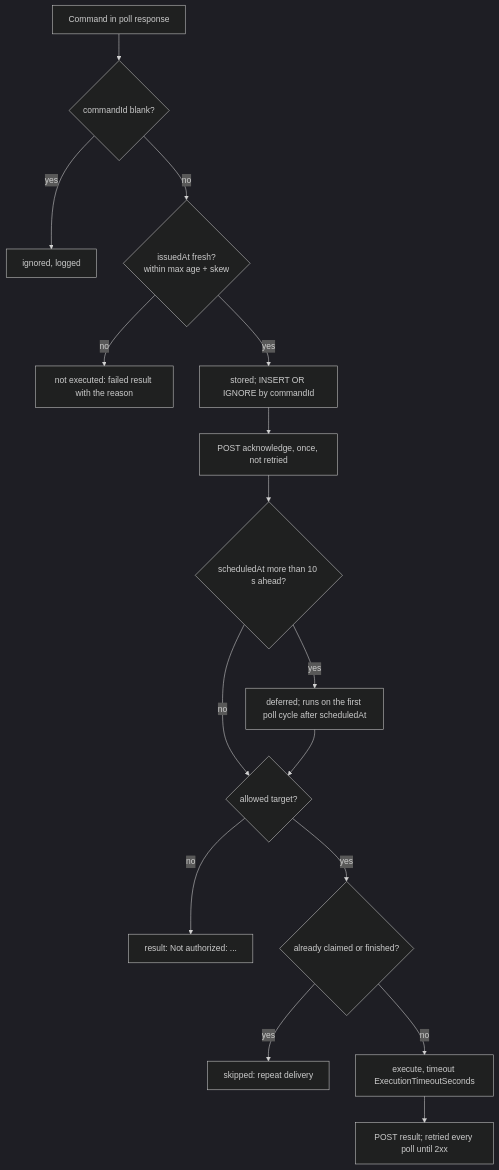
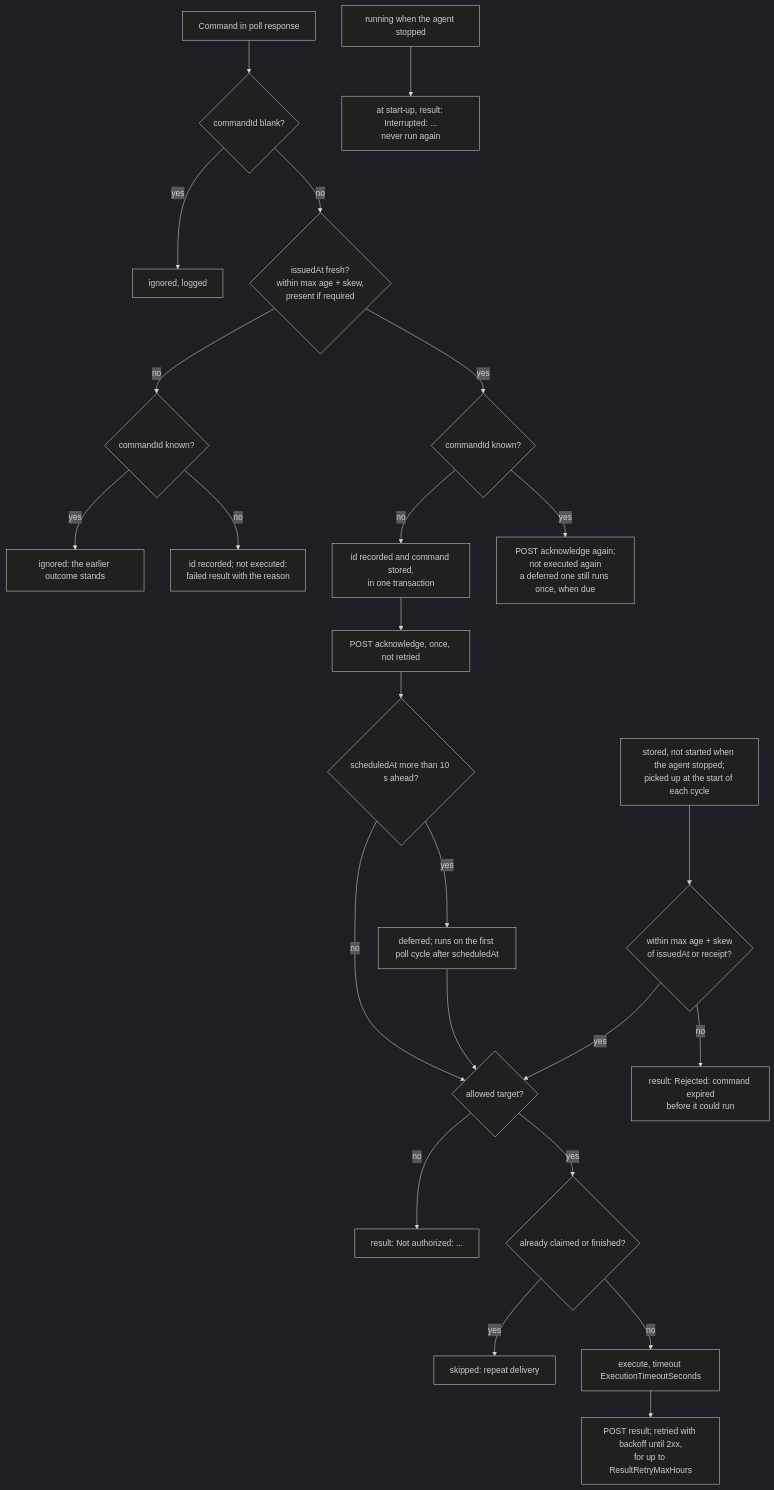
The second of 2 diagrams in guides/portal-api/08-commands.md (angatiabenson/watch-tower), drawn with Mermaid (dark theme) before and after one commit. The commit also changed other lines of this file and 17 other files, not shown here.

````diff
--- a/guides/portal-api/08-commands.md
+++ b/guides/portal-api/08-commands.md
@@ -35,18 +35,26 @@
 ```mermaid
 flowchart TD
     R[Command in poll response] --> B{commandId blank?}
     B -- yes --> X1[ignored, logged]
-    B -- no --> F{issuedAt fresh?<br/>within max age + skew}
-    F -- no --> X2[not executed: failed result with the reason]
-    F -- yes --> S[stored; INSERT OR IGNORE by commandId]
-    S --> A[POST acknowledge, once, not retried]
+    B -- no --> F{issuedAt fresh?<br/>within max age + skew,<br/>present if required}
+    F -- no --> K1{commandId known?}
+    K1 -- yes --> X4[ignored: the earlier outcome stands]
+    K1 -- no --> X2[id recorded; not executed:<br/>failed result with the reason]
+    F -- yes --> S{commandId known?}
+    S -- no --> N[id recorded and command stored,<br/>in one transaction]
+    S -- yes --> AK[POST acknowledge again;<br/>not executed again<br/>a deferred one still runs once, when due]
+    N --> A[POST acknowledge, once, not retried]
     A --> D{scheduledAt more than 10 s ahead?}
     D -- yes --> W[deferred; runs on the first poll cycle after scheduledAt]
     D -- no --> Z{allowed target?}
     W --> Z
     Z -- no --> RF[result: Not authorized: ...]
     Z -- yes --> C{already claimed or finished?}
     C -- yes --> X3[skipped: repeat delivery]
     C -- no --> E[execute, timeout ExecutionTimeoutSeconds]
-    E --> RS[POST result; retried every poll until 2xx]
+    E --> RS[POST result; retried with backoff until 2xx,<br/>for up to ResultRetryMaxHours]
+    U[stored, not started when the agent stopped;<br/>picked up at the start of each cycle] --> UA{within max age + skew<br/>of issuedAt or receipt?}
+    UA -- yes --> Z
+    UA -- no --> X5[result: Rejected: command expired<br/>before it could run]
+    I[running when the agent stopped] --> X6[at start-up, result: Interrupted: ...<br/>never run again]
 ```
````
